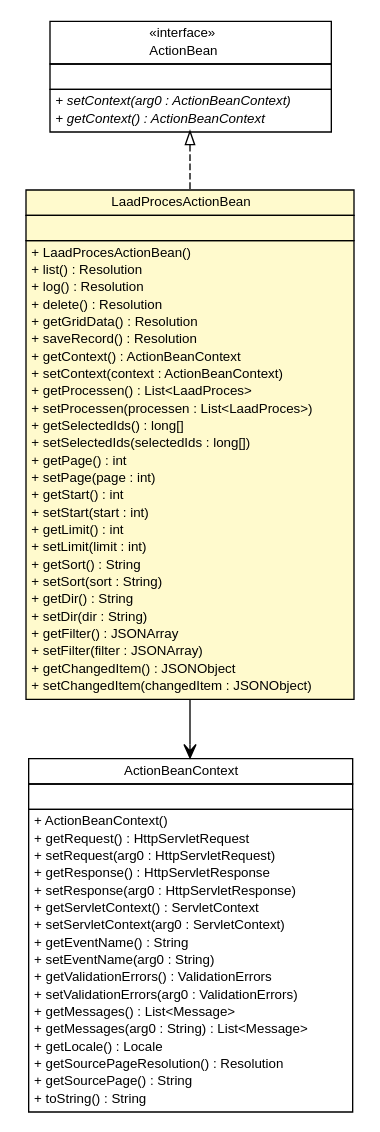
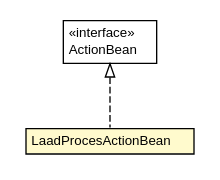
Before and after one commit to B3Partners/brmo: the diagram in brmo-service/apidocs/nl/b3p/brmo/service/stripes/LaadProcesActionBean.dot, drawn with Graphviz. The commit also changed 385 other files, not shown here.

```diff
--- a/brmo-service/apidocs/nl/b3p/brmo/service/stripes/LaadProcesActionBean.dot
+++ b/brmo-service/apidocs/nl/b3p/brmo/service/stripes/LaadProcesActionBean.dot
@@ -1,95 +1,27 @@
 #!/usr/local/bin/dot
 #
 # Class diagram 
 # Generated by UMLGraph version R5_6-24-gf6e263 (http://www.umlgraph.org/)
 #
 
 digraph G {
 	edge [fontname="Helvetica",fontsize=10,labelfontname="Helvetica",labelfontsize=10];
 	node [fontname="Helvetica",fontsize=10,shape=plaintext];
 	nodesep=0.25;
 	ranksep=0.5;
 	// nl.b3p.brmo.service.stripes.LaadProcesActionBean
-	c1483 [label=<<table title="nl.b3p.brmo.service.stripes.LaadProcesActionBean" border="0" cellborder="1" cellspacing="0" cellpadding="2" port="p" bgcolor="lemonChiffon" href="./LaadProcesActionBean.html">
+	c1423 [label=<<table title="nl.b3p.brmo.service.stripes.LaadProcesActionBean" border="0" cellborder="1" cellspacing="0" cellpadding="2" port="p" bgcolor="lemonChiffon" href="./LaadProcesActionBean.html">
 		<tr><td><table border="0" cellspacing="0" cellpadding="1">
 <tr><td align="center" balign="center"> LaadProcesActionBean </td></tr>
 		</table></td></tr>
-		<tr><td><table border="0" cellspacing="0" cellpadding="1">
-<tr><td align="left" balign="left">  </td></tr>
-		</table></td></tr>
-		<tr><td><table border="0" cellspacing="0" cellpadding="1">
-<tr><td align="left" balign="left"> + LaadProcesActionBean() </td></tr>
-<tr><td align="left" balign="left"> + list() : Resolution </td></tr>
-<tr><td align="left" balign="left"> + log() : Resolution </td></tr>
-<tr><td align="left" balign="left"> + delete() : Resolution </td></tr>
-<tr><td align="left" balign="left"> + getGridData() : Resolution </td></tr>
-<tr><td align="left" balign="left"> + saveRecord() : Resolution </td></tr>
-<tr><td align="left" balign="left"> + getContext() : ActionBeanContext </td></tr>
-<tr><td align="left" balign="left"> + setContext(context : ActionBeanContext) </td></tr>
-<tr><td align="left" balign="left"> + getProcessen() : List&lt;LaadProces&gt; </td></tr>
-<tr><td align="left" balign="left"> + setProcessen(processen : List&lt;LaadProces&gt;) </td></tr>
-<tr><td align="left" balign="left"> + getSelectedIds() : long[] </td></tr>
-<tr><td align="left" balign="left"> + setSelectedIds(selectedIds : long[]) </td></tr>
-<tr><td align="left" balign="left"> + getPage() : int </td></tr>
-<tr><td align="left" balign="left"> + setPage(page : int) </td></tr>
-<tr><td align="left" balign="left"> + getStart() : int </td></tr>
-<tr><td align="left" balign="left"> + setStart(start : int) </td></tr>
-<tr><td align="left" balign="left"> + getLimit() : int </td></tr>
-<tr><td align="left" balign="left"> + setLimit(limit : int) </td></tr>
-<tr><td align="left" balign="left"> + getSort() : String </td></tr>
-<tr><td align="left" balign="left"> + setSort(sort : String) </td></tr>
-<tr><td align="left" balign="left"> + getDir() : String </td></tr>
-<tr><td align="left" balign="left"> + setDir(dir : String) </td></tr>
-<tr><td align="left" balign="left"> + getFilter() : JSONArray </td></tr>
-<tr><td align="left" balign="left"> + setFilter(filter : JSONArray) </td></tr>
-<tr><td align="left" balign="left"> + getChangedItem() : JSONObject </td></tr>
-<tr><td align="left" balign="left"> + setChangedItem(changedItem : JSONObject) </td></tr>
-		</table></td></tr>
 		</table>>, URL="./LaadProcesActionBean.html", fontname="Helvetica", fontcolor="black", fontsize=10.0];
 	//nl.b3p.brmo.service.stripes.LaadProcesActionBean implements net.sourceforge.stripes.action.ActionBean
-	c1517:p -> c1483:p [dir=back,arrowtail=empty,style=dashed];
-	// nl.b3p.brmo.service.stripes.LaadProcesActionBean NAVASSOC net.sourceforge.stripes.action.ActionBeanContext
-	c1483:p -> c1518:p [taillabel="", label="", headlabel="", fontname="Helvetica", fontcolor="black", fontsize=10.0, color="black", arrowhead=open];
+	c1457:p -> c1423:p [dir=back,arrowtail=empty,style=dashed];
 	// net.sourceforge.stripes.action.ActionBean
-	c1517 [label=<<table title="net.sourceforge.stripes.action.ActionBean" border="0" cellborder="1" cellspacing="0" cellpadding="2" port="p">
+	c1457 [label=<<table title="net.sourceforge.stripes.action.ActionBean" border="0" cellborder="1" cellspacing="0" cellpadding="2" port="p">
 		<tr><td><table border="0" cellspacing="0" cellpadding="1">
 <tr><td align="center" balign="center"> &#171;interface&#187; </td></tr>
 <tr><td align="center" balign="center"> ActionBean </td></tr>
 		</table></td></tr>
-		<tr><td><table border="0" cellspacing="0" cellpadding="1">
-<tr><td align="left" balign="left">  </td></tr>
-		</table></td></tr>
-		<tr><td><table border="0" cellspacing="0" cellpadding="1">
-<tr><td align="left" balign="left"><font face="Helvetica-Oblique" point-size="10.0"> + setContext(arg0 : ActionBeanContext) </font></td></tr>
-<tr><td align="left" balign="left"><font face="Helvetica-Oblique" point-size="10.0"> + getContext() : ActionBeanContext </font></td></tr>
-		</table></td></tr>
-		</table>>, URL="null", fontname="Helvetica", fontcolor="black", fontsize=10.0];
-	// net.sourceforge.stripes.action.ActionBeanContext
-	c1518 [label=<<table title="net.sourceforge.stripes.action.ActionBeanContext" border="0" cellborder="1" cellspacing="0" cellpadding="2" port="p">
-		<tr><td><table border="0" cellspacing="0" cellpadding="1">
-<tr><td align="center" balign="center"> ActionBeanContext </td></tr>
-		</table></td></tr>
-		<tr><td><table border="0" cellspacing="0" cellpadding="1">
-<tr><td align="left" balign="left">  </td></tr>
-		</table></td></tr>
-		<tr><td><table border="0" cellspacing="0" cellpadding="1">
-<tr><td align="left" balign="left"> + ActionBeanContext() </td></tr>
-<tr><td align="left" balign="left"> + getRequest() : HttpServletRequest </td></tr>
-<tr><td align="left" balign="left"> + setRequest(arg0 : HttpServletRequest) </td></tr>
-<tr><td align="left" balign="left"> + getResponse() : HttpServletResponse </td></tr>
-<tr><td align="left" balign="left"> + setResponse(arg0 : HttpServletResponse) </td></tr>
-<tr><td align="left" balign="left"> + getServletContext() : ServletContext </td></tr>
-<tr><td align="left" balign="left"> + setServletContext(arg0 : ServletContext) </td></tr>
-<tr><td align="left" balign="left"> + getEventName() : String </td></tr>
-<tr><td align="left" balign="left"> + setEventName(arg0 : String) </td></tr>
-<tr><td align="left" balign="left"> + getValidationErrors() : ValidationErrors </td></tr>
-<tr><td align="left" balign="left"> + setValidationErrors(arg0 : ValidationErrors) </td></tr>
-<tr><td align="left" balign="left"> + getMessages() : List&lt;Message&gt; </td></tr>
-<tr><td align="left" balign="left"> + getMessages(arg0 : String) : List&lt;Message&gt; </td></tr>
-<tr><td align="left" balign="left"> + getLocale() : Locale </td></tr>
-<tr><td align="left" balign="left"> + getSourcePageResolution() : Resolution </td></tr>
-<tr><td align="left" balign="left"> + getSourcePage() : String </td></tr>
-<tr><td align="left" balign="left"> + toString() : String </td></tr>
-		</table></td></tr>
 		</table>>, URL="null", fontname="Helvetica", fontcolor="black", fontsize=10.0];
 }
```
